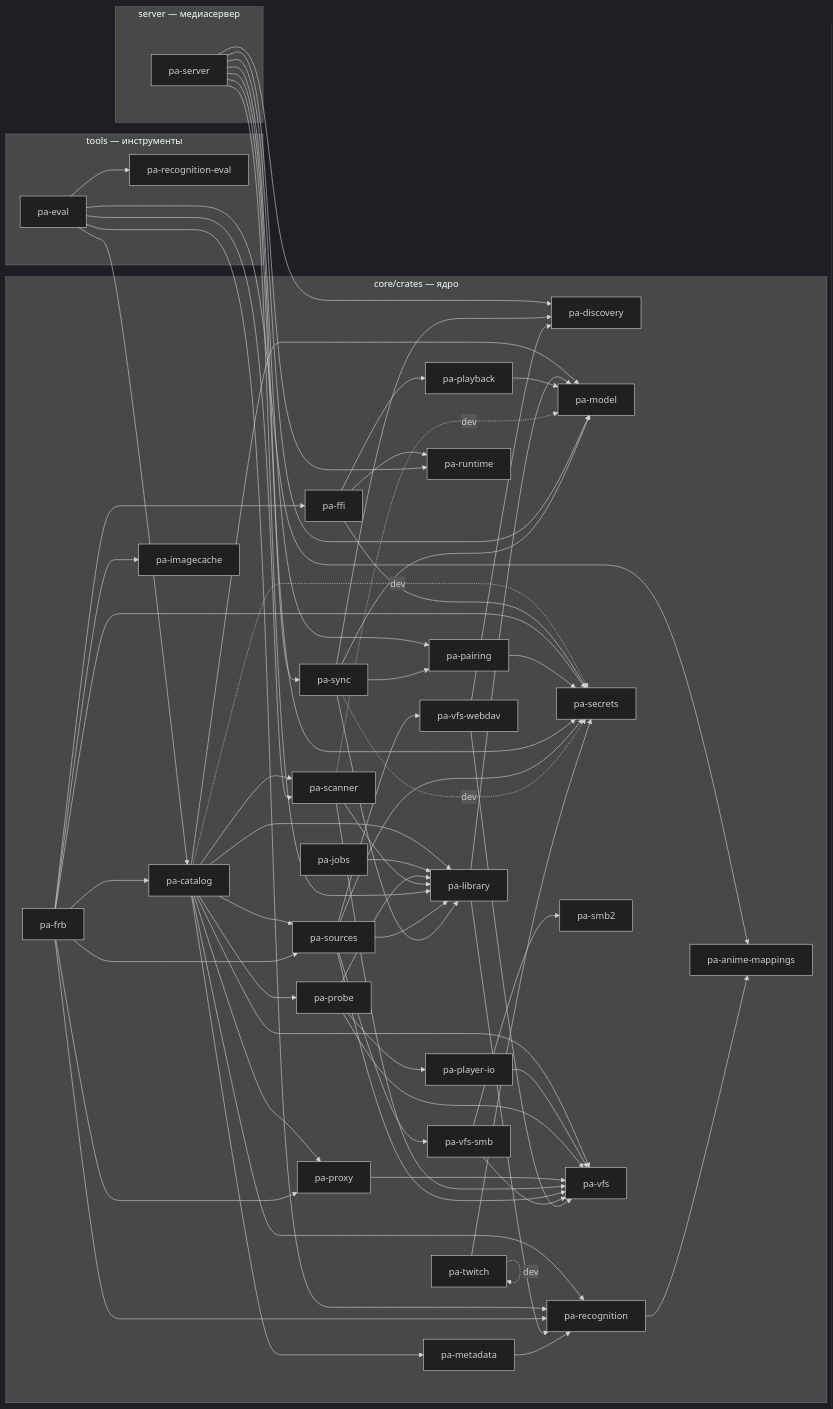
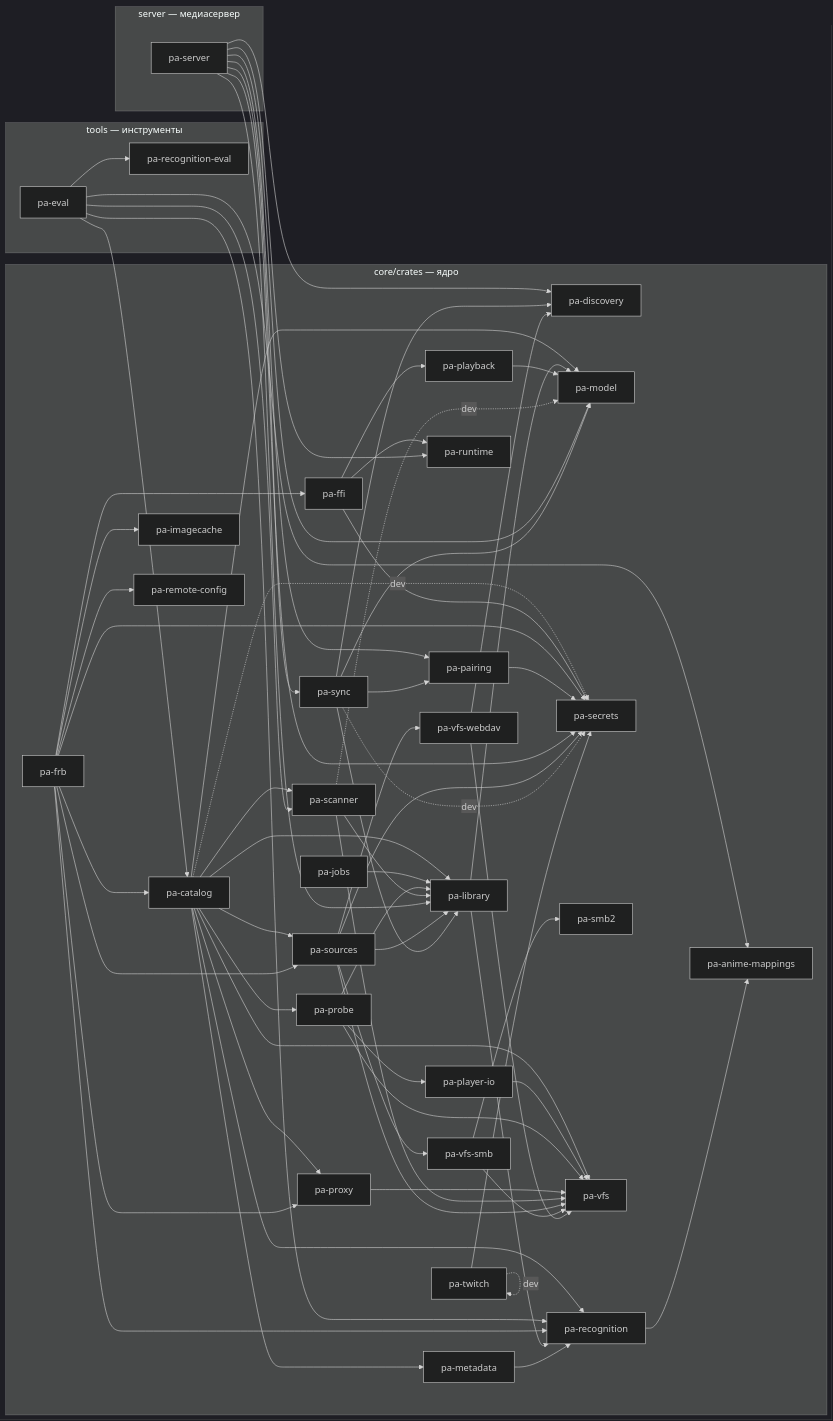
The diagram in docs/dev/crate-graph.md (DenisHumen/project_alpha), drawn with Mermaid (dark theme) before and after one commit. The commit also changed other lines of this file and 3 other files, not shown here.

```diff
--- a/docs/dev/crate-graph.md
+++ b/docs/dev/crate-graph.md
@@ -28,6 +28,7 @@
     pa_probe["pa-probe"]
     pa_proxy["pa-proxy"]
     pa_recognition["pa-recognition"]
+    pa_remote_config["pa-remote-config"]
     pa_runtime["pa-runtime"]
     pa_scanner["pa-scanner"]
     pa_secrets["pa-secrets"]
@@ -69,6 +70,7 @@
   pa_frb --> pa_imagecache
   pa_frb --> pa_proxy
   pa_frb --> pa_recognition
+  pa_frb --> pa_remote_config
   pa_frb --> pa_secrets
   pa_frb --> pa_sources
   pa_jobs --> pa_library
```
